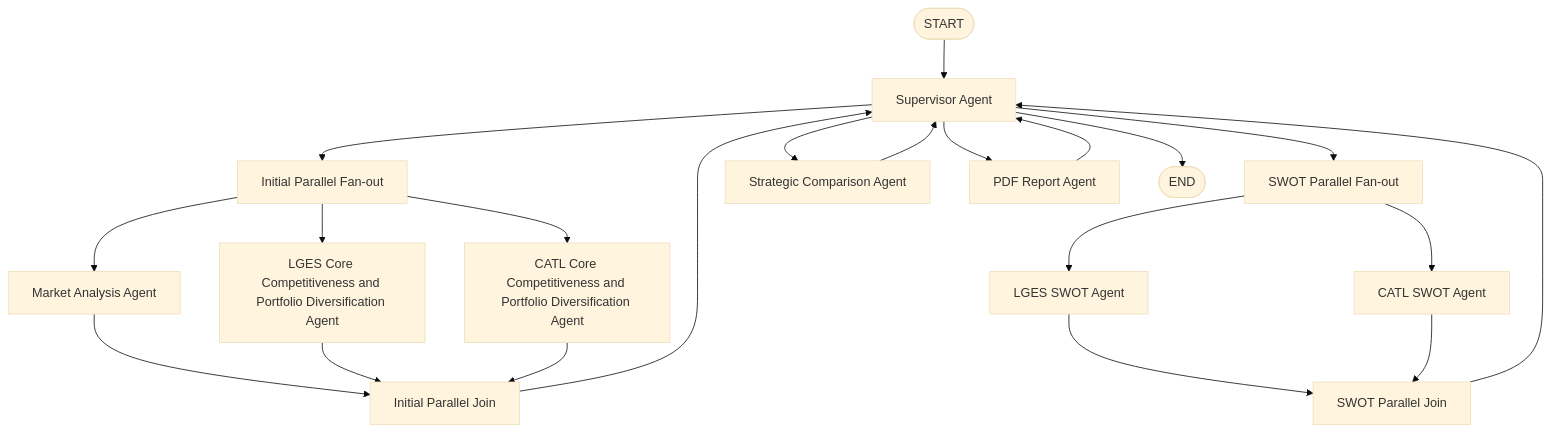
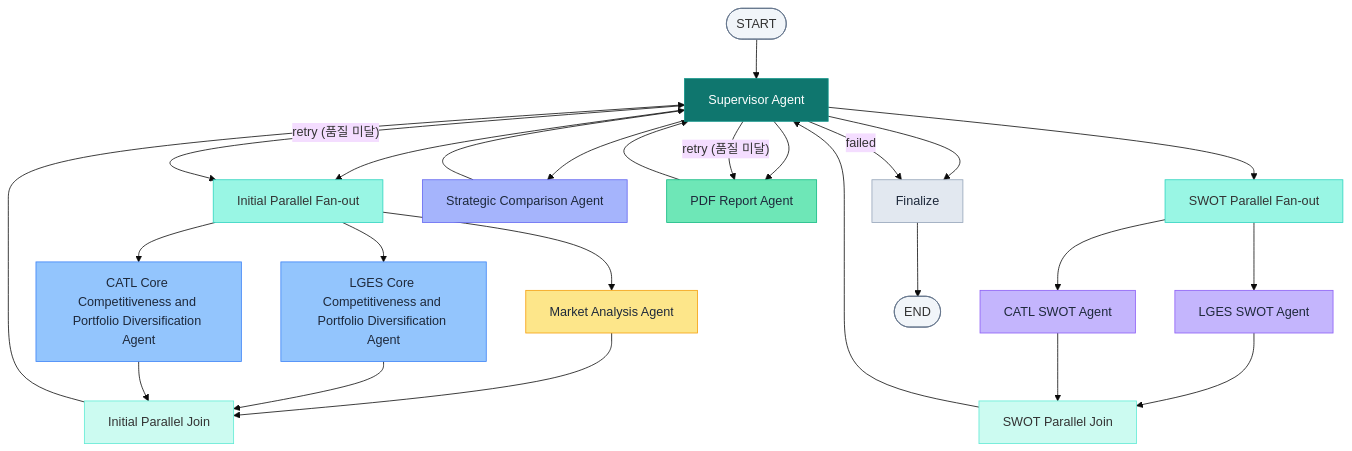
The diagram in README.md (SKALA-AI-MiniProject/Battery-Market-Strategy-Analysis-Agent), drawn with Mermaid (base theme) before and after one commit. The commit also changed other lines of this file, not shown here.

````diff
--- a/README.md
+++ b/README.md
@@ -66,30 +68,52 @@
 ```mermaid
 flowchart TD
     START([START]) --> supervisor[Supervisor Agent]
 
     supervisor --> initial_fanout[Initial Parallel Fan-out]
     initial_fanout --> market[Market Analysis Agent]
     initial_fanout --> lges_core[LGES Core Competitiveness and Portfolio Diversification Agent]
     initial_fanout --> catl_core[CATL Core Competitiveness and Portfolio Diversification Agent]
 
     market --> initial_join[Initial Parallel Join]
     lges_core --> initial_join
     catl_core --> initial_join
     initial_join --> supervisor
+
+    supervisor -->|"retry (품질 미달)"| initial_fanout
 
     supervisor --> swot_fanout[SWOT Parallel Fan-out]
     swot_fanout --> lges_swot[LGES SWOT Agent]
     swot_fanout --> catl_swot[CATL SWOT Agent]
 
     lges_swot --> swot_join[SWOT Parallel Join]
     catl_swot --> swot_join
     swot_join --> supervisor
 
     supervisor --> compare[Strategic Comparison Agent]
     compare --> supervisor
 
     supervisor --> report[PDF Report Agent]
     report --> supervisor
 
-    supervisor --> END([END])
+    supervisor -->|"retry (품질 미달)"| report
+
+    supervisor --> finalize[Finalize]
+    supervisor -->|"failed"| finalize
+    finalize --> END([END])
+
+    style START fill:#f1f5f9,stroke:#64748b
+    style END fill:#f1f5f9,stroke:#64748b
+    style supervisor fill:#0f766e,stroke:#0d9488,color:#fff
+    style initial_fanout fill:#99f6e4,stroke:#2dd4bf
+    style swot_fanout fill:#99f6e4,stroke:#2dd4bf
+    style initial_join fill:#ccfbf1,stroke:#5eead4
+    style swot_join fill:#ccfbf1,stroke:#5eead4
+    style market fill:#fde68a,stroke:#f59e0b,color:#1e293b
+    style lges_core fill:#93c5fd,stroke:#3b82f6,color:#1e293b
+    style catl_core fill:#93c5fd,stroke:#3b82f6,color:#1e293b
+    style lges_swot fill:#c4b5fd,stroke:#8b5cf6,color:#1e293b
+    style catl_swot fill:#c4b5fd,stroke:#8b5cf6,color:#1e293b
+    style compare fill:#a5b4fc,stroke:#6366f1,color:#1e293b
+    style report fill:#6ee7b7,stroke:#10b981,color:#1e293b
+    style finalize fill:#e2e8f0,stroke:#94a3b8,color:#1e293b
 ```
````
